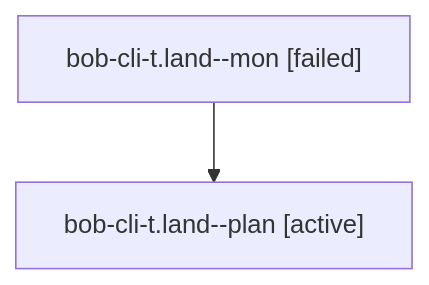
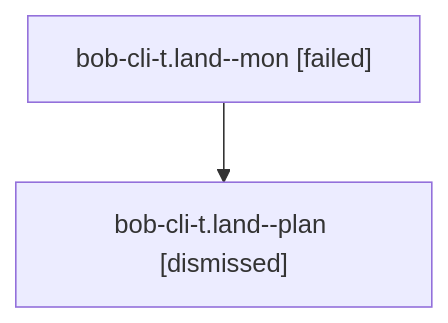
Before and after one commit to bobs-org/bob-cli--agents: the diagram in sessions/bbugyi200.athena.bob-cli-t.land.md, drawn with Mermaid. The commit also changed other lines of this file and 67 other files, not shown here.

````diff
--- a/sessions/bbugyi200.athena.bob-cli-t.land.md
+++ b/sessions/bbugyi200.athena.bob-cli-t.land.md
@@ -9,6 +9,6 @@
 ```mermaid
 flowchart TD
   n0["bob-cli-t.land--mon [failed]"]
-  n1["bob-cli-t.land--plan [active]"]
+  n1["bob-cli-t.land--plan [dismissed]"]
   n0 --> n1
 ```
````
